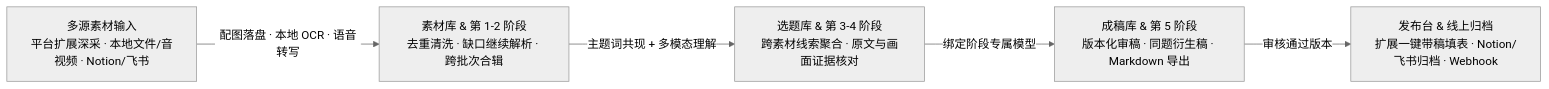
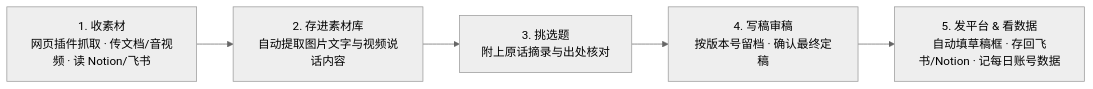
One commit to dylanma8232-art/DM-Content-Workbench changed the diagram in README.md. Above: the diagram before and after it, drawn with Mermaid (neutral theme). The commit also changed other lines of this file and 1 other file, not shown here.

````diff
--- a/README.md
+++ b/README.md
@@ -127,7 +79,7 @@
 ```mermaid
 flowchart LR
-    A["多源素材输入<br/>平台扩展深采 · 本地文件/音视频 · Notion/飞书"] -->|"配图落盘 · 本地 OCR · 语音转写"| B["素材库 & 第 1-2 阶段<br/>去重清洗 · 缺口继续解析 · 跨批次合辑"]
-    B -->|"主题词共现 + 多模态理解"| C["选题库 & 第 3-4 阶段<br/>跨素材线索聚合 · 原文与画面证据核对"]
-    C -->|"绑定阶段专属模型"| D["成稿库 & 第 5 阶段<br/>版本化审稿 · 同题衍生稿 · Markdown 导出"]
-    D -->|"审核通过版本"| E["发布台 & 线上归档<br/>扩展一键带稿填表 · Notion/飞书归档 · Webhook"]
+    A["1. 收素材<br/>网页插件抓取 · 传文档/音视频 · 读 Notion/飞书"] --> B["2. 存进素材库<br/>自动提取图片文字与视频说话内容"]
+    B --> C["3. 挑选题<br/>附上原话摘录与出处核对"]
+    C --> D["4. 写稿审稿<br/>按版本号留档 · 确认最终定稿"]
+    D --> E["5. 发平台 & 看数据<br/>自动填草稿框 · 存回飞书/Notion · 记每日账号数据"]
 ```
````
